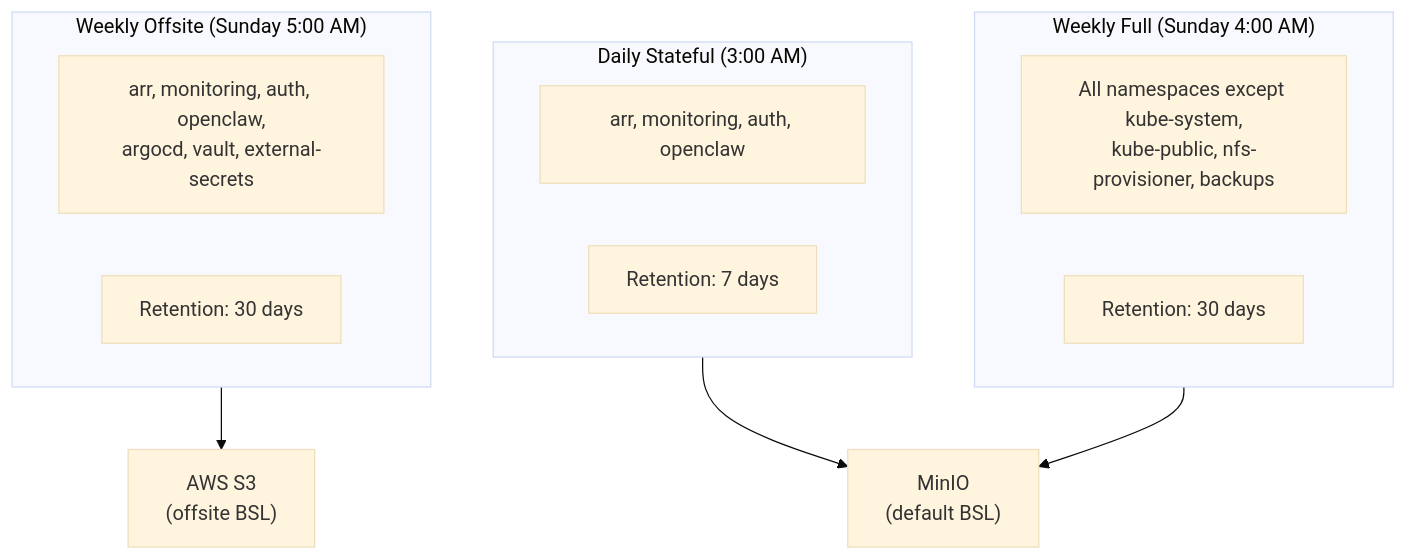
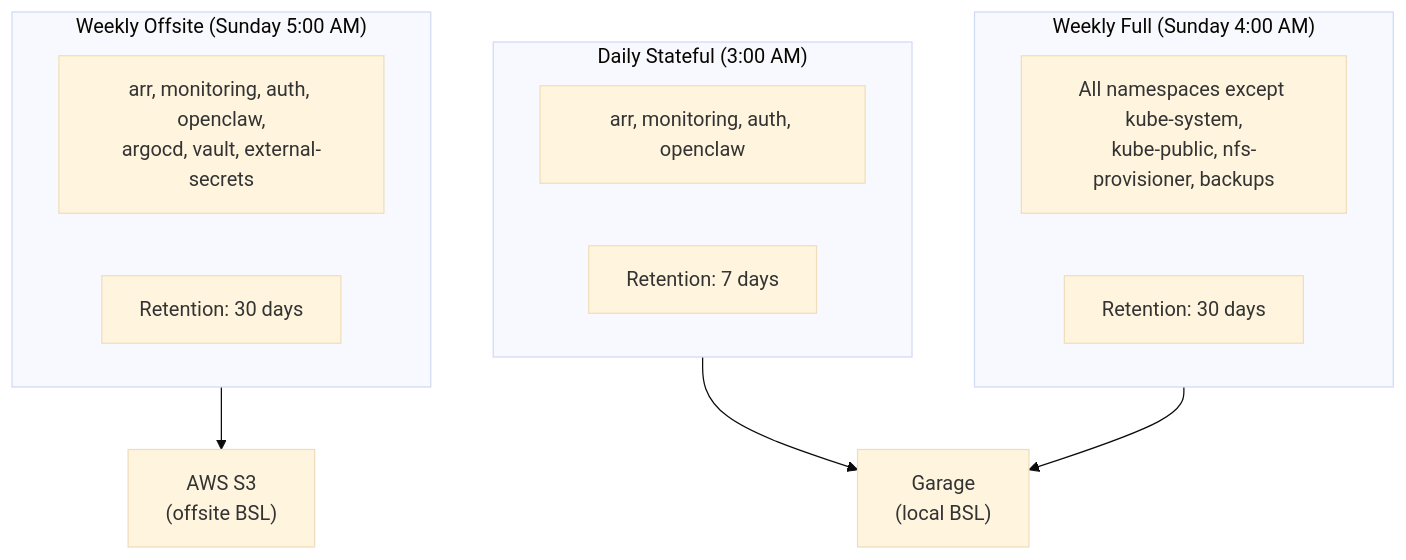
The second of 3 diagrams in docs/architecture/backups.md (kyleseneker/homelab), drawn with Mermaid (base theme) before and after one commit. The commit also changed other lines of this file and 20 other files, not shown here.

Commit message:
docs(backups): document garage as velero's local target

````diff
--- a/docs/architecture/backups.md
+++ b/docs/architecture/backups.md
@@ -85,21 +91,21 @@
 ```mermaid
 flowchart TD
     subgraph daily["Daily Stateful (3:00 AM)"]
         dailyTarget["arr, monitoring, auth, openclaw"]
         dailyRetention["Retention: 7 days"]
     end
 
     subgraph weekly["Weekly Full (Sunday 4:00 AM)"]
         weeklyTarget["All namespaces except kube-system,\nkube-public, nfs-provisioner, backups"]
         weeklyRetention["Retention: 30 days"]
     end
 
     subgraph offsite["Weekly Offsite (Sunday 5:00 AM)"]
         offsiteTarget["arr, monitoring, auth, openclaw,\nargocd, vault, external-secrets"]
         offsiteRetention["Retention: 30 days"]
     end
 
-    daily --> minio["MinIO\n(default BSL)"]
-    weekly --> minio
+    daily --> garage["Garage\n(local BSL)"]
+    weekly --> garage
     offsite --> s3["AWS S3\n(offsite BSL)"]
 ```
````
